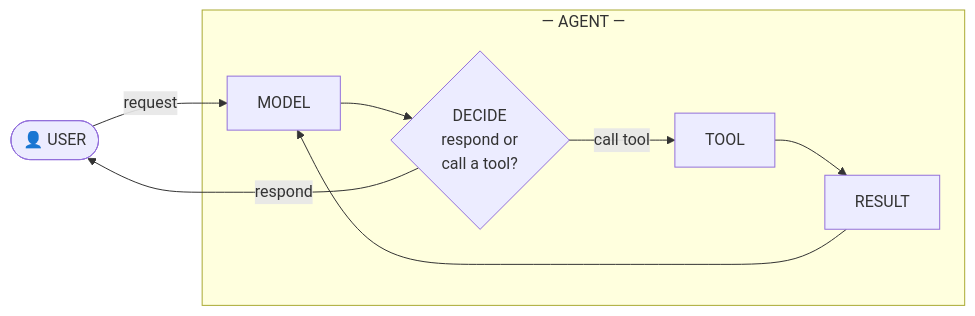
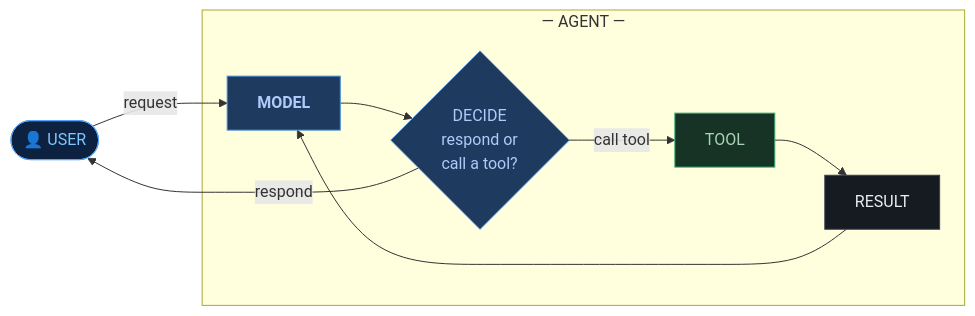
One commit to jaszczook/your-next-feature-might-need-an-agent changed the first of 2 diagrams in slides/section2.md. Above: the diagram before and after it, drawn with Mermaid. The commit also changed 7 other files, not shown here.

````diff
--- a/slides/section2.md
+++ b/slides/section2.md
@@ -37,22 +37,28 @@
 ```mermaid
 flowchart LR
-    USER(["👤 USER"])
-    MODEL["MODEL"]
-    DECIDE{"DECIDE\nrespond or\ncall a tool?"}
-    TOOL["TOOL"]
-    RESULT["RESULT"]
+    USER(["👤 USER"]):::usr
+    MODEL["MODEL"]:::model
+    DECIDE{"DECIDE\nrespond or\ncall a tool?"}:::agent
+    TOOL["TOOL"]:::tool
+    RESULT["RESULT"]:::result
 
     USER -->|request| MODEL
     MODEL --> DECIDE
     DECIDE -->|respond| USER
     DECIDE -->|call tool| TOOL
     TOOL --> RESULT
     RESULT --> MODEL
 
     subgraph AGENT[" — AGENT — "]
         MODEL
         DECIDE
         TOOL
         RESULT
     end
+
+    classDef usr fill:#0d2240,stroke:#58a6ff,color:#7dc6ff
+    classDef model fill:#1e3a5f,stroke:#4a90d9,color:#aecbfa,font-weight:700
+    classDef agent fill:#1e3a5f,stroke:#4a90d9,color:#aecbfa
+    classDef tool fill:#173326,stroke:#3cad72,color:#a8d5b5
+    classDef result fill:#161b22,stroke:#374151,color:#e6edf3
 ```
````
